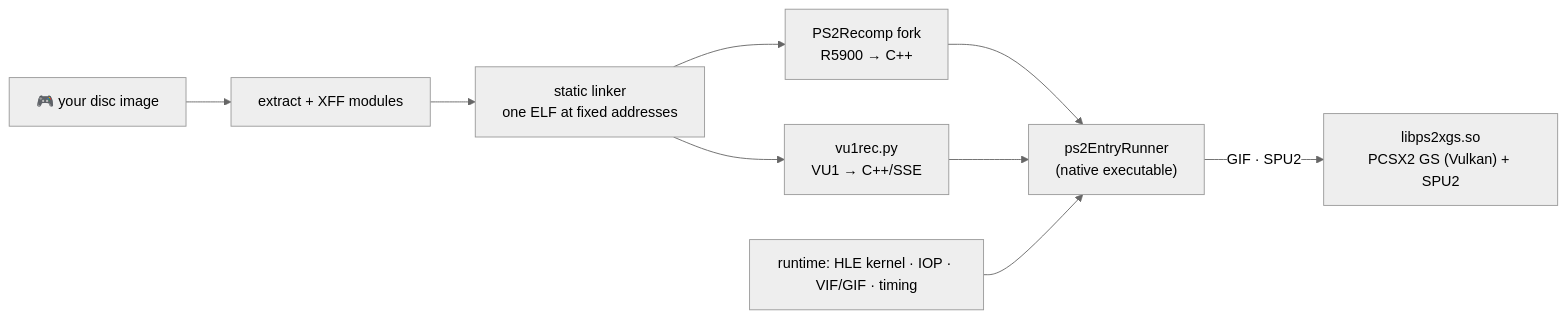
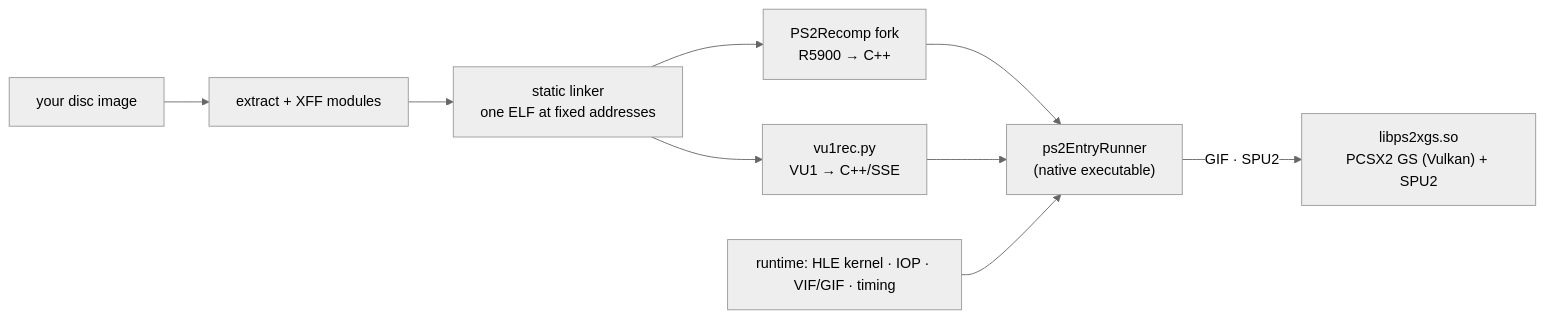
One commit to Destinity13/SotC changed the diagram in README.md. Above: the diagram before and after it, drawn with Mermaid (neutral theme). The commit also changed other lines of this file and 3 other files, not shown here.

````diff
--- a/README.md
+++ b/README.md
@@ -123,11 +138,11 @@
 ```mermaid
 flowchart LR
-    ISO["🎮 your disc image"] --> X["extract + XFF modules"]
+    ISO["your disc image"] --> X["extract + XFF modules"]
     X --> L["static linker<br/>one ELF at fixed addresses"]
     L --> R["PS2Recomp fork<br/>R5900 → C++"]
     L --> V["vu1rec.py<br/>VU1 → C++/SSE"]
     R --> B["ps2EntryRunner<br/>(native executable)"]
     V --> B
     RT["runtime: HLE kernel · IOP · VIF/GIF · timing"] --> B
     B -->|GIF · SPU2| GS["libps2xgs.so<br/>PCSX2 GS (Vulkan) + SPU2"]
 ```
````
